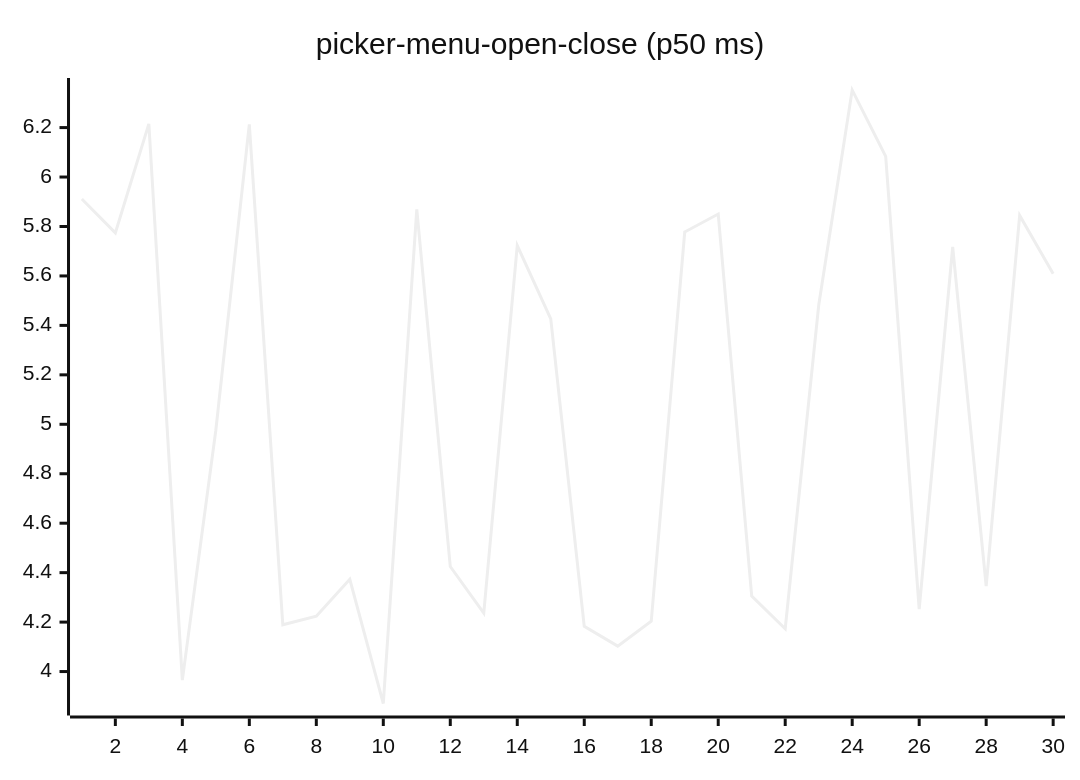
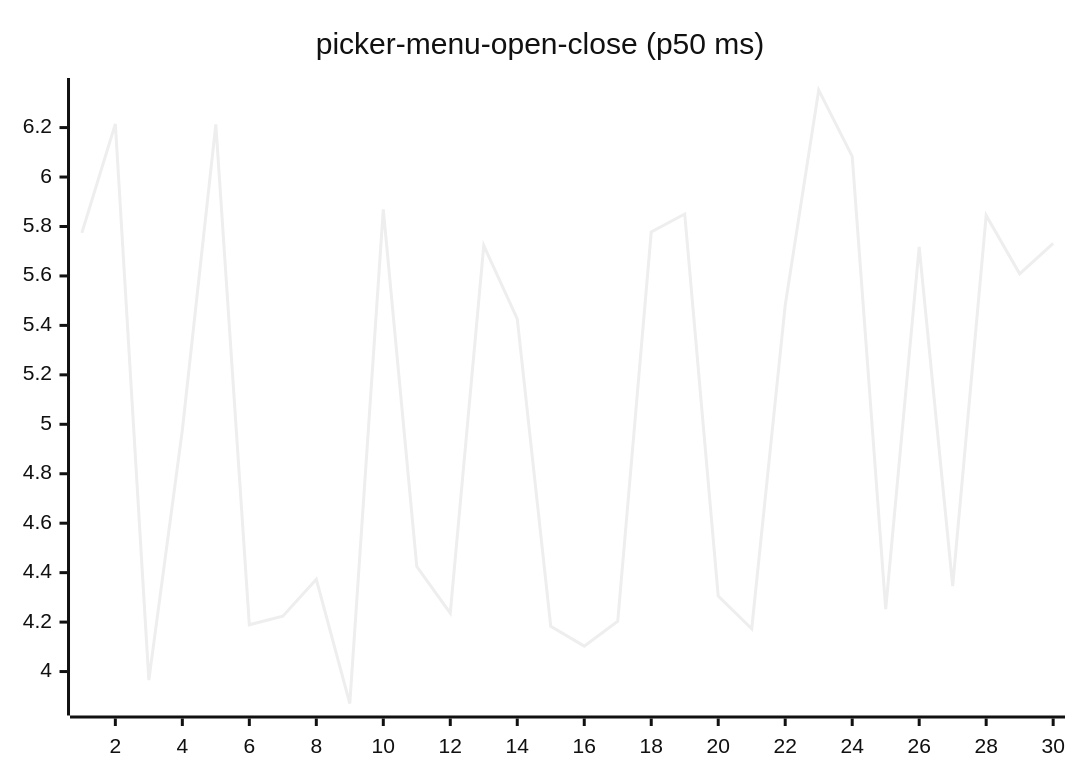
Before and after one commit to josha/Facet: diagram 16 of 27 in README.md, drawn with Mermaid (neutral theme). The commit also changed other lines of this file and 2 other files, not shown here.

````diff
--- a/README.md
+++ b/README.md
@@ -168,6 +168,6 @@
 ```mermaid
 xychart-beta
     title "picker-menu-open-close (p50 ms)"
     x-axis 1 --> 30
-    line [5.9114, 5.7740, 6.2151, 3.9652, 4.9760, 6.2132, 4.1891, 4.2236, 4.3733, 3.8708, 5.8694, 4.4248, 4.2362, 5.7230, 5.4264, 4.1828, 4.1028, 4.2034, 5.7775, 5.8503, 4.3049, 4.1731, 5.4814, 6.3520, 6.0839, 4.2522, 5.7175, 4.3452, 5.8449, 5.6085]
+    line [5.7740, 6.2151, 3.9652, 4.9760, 6.2132, 4.1891, 4.2236, 4.3733, 3.8708, 5.8694, 4.4248, 4.2362, 5.7230, 5.4264, 4.1828, 4.1028, 4.2034, 5.7775, 5.8503, 4.3049, 4.1731, 5.4814, 6.3520, 6.0839, 4.2522, 5.7175, 4.3452, 5.8449, 5.6085, 5.7317]
 ```
````
